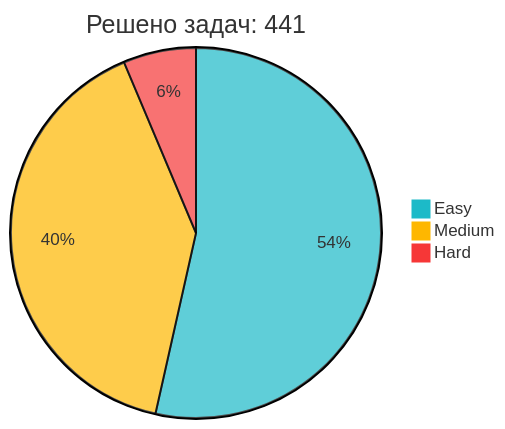
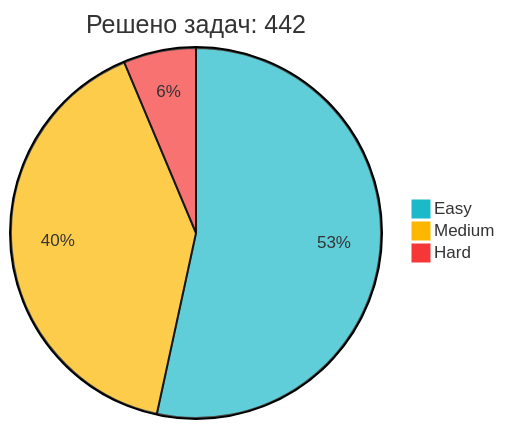
One commit to IliaKurdukov/IliaKurdukov changed the diagram in README.md. Above: the diagram before and after it, drawn with Mermaid. The commit also changed other lines of this file, not shown here.

Commit message:
📈 Обновление статистики LeetCode

````diff
--- a/README.md
+++ b/README.md
@@ -51,7 +51,7 @@
 ```mermaid
 %%{init: {'theme': 'base', 'themeVariables': { 'pie1': '#1CBAC8', 'pie2': '#FEB700', 'pie3': '#F63737' }, 'config': {'width': 300, 'height': 200}}}%%
-pie title Решено задач: 441
+pie title Решено задач: 442
    "Easy" : 236
-   "Medium" : 177
+   "Medium" : 178
    "Hard" : 28
 ```
````
